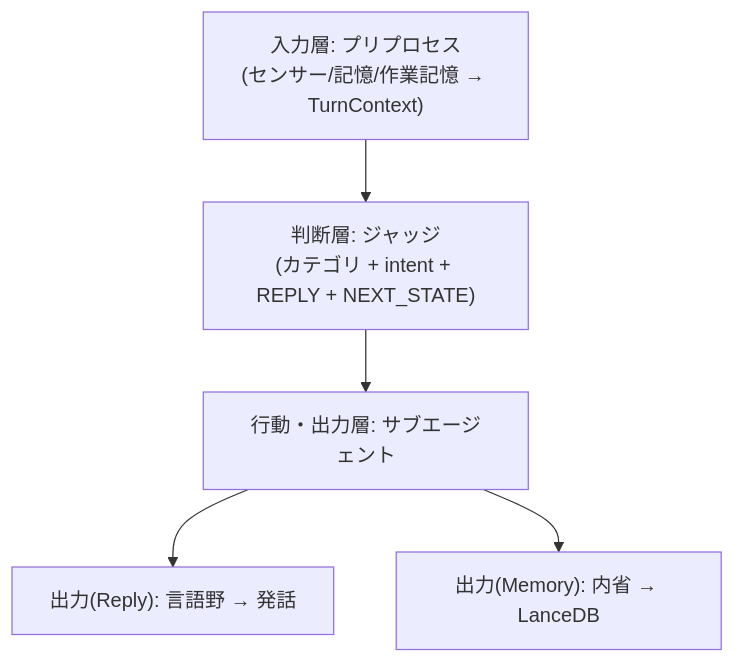
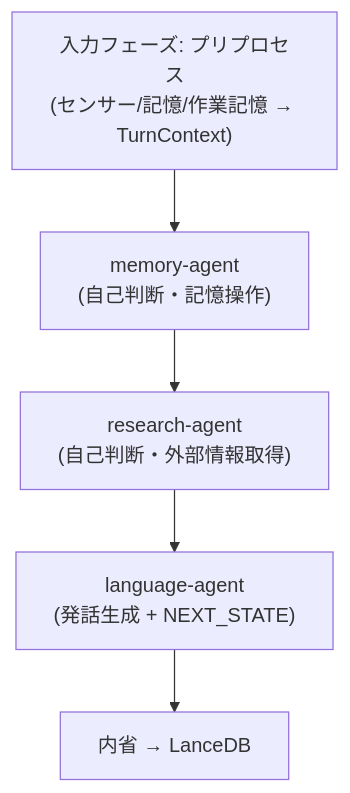
Before and after one commit to haruneko/local-bot: the diagram in docs/ACTION-DESIGN.md, drawn with Mermaid. The commit also changed other lines of this file and 45 other files, not shown here.

````diff
--- a/docs/ACTION-DESIGN.md
+++ b/docs/ACTION-DESIGN.md
@@ -40,7 +42,7 @@
 ```mermaid
 flowchart TD
-    Input["入力層: プリプロセス<br/>(センサー/記憶/作業記憶 → TurnContext)"] --> Judge["判断層: ジャッジ<br/>(カテゴリ + intent + REPLY + NEXT_STATE)"]
-    Judge --> Action["行動・出力層: サブエージェント"]
-    Action --> Reply["出力(Reply): 言語野 → 発話"]
-    Action --> Memory["出力(Memory): 内省 → LanceDB"]
+    Input["入力フェーズ: プリプロセス<br/>(センサー/記憶/作業記憶 → TurnContext)"] --> Mem["memory-agent<br/>(自己判断・記憶操作)"]
+    Mem --> Res["research-agent<br/>(自己判断・外部情報取得)"]
+    Res --> Lang["language-agent<br/>(発話生成 + NEXT_STATE)"]
+    Lang --> Intro["内省 → LanceDB"]
 ```
````
